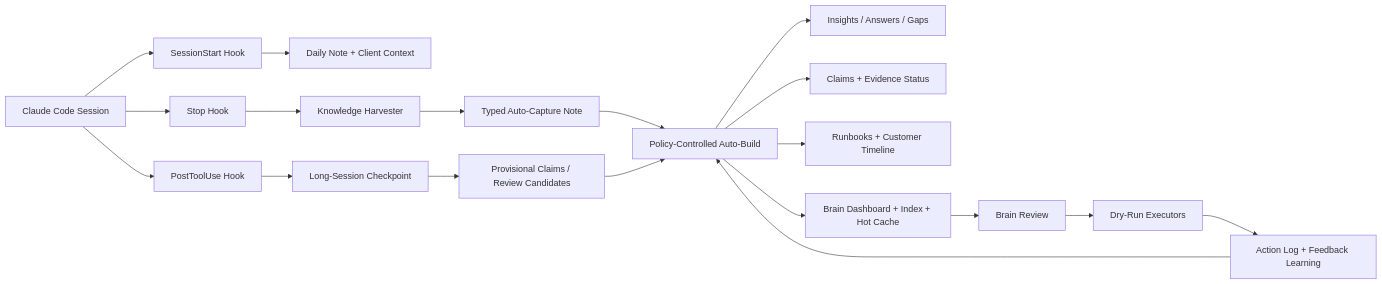
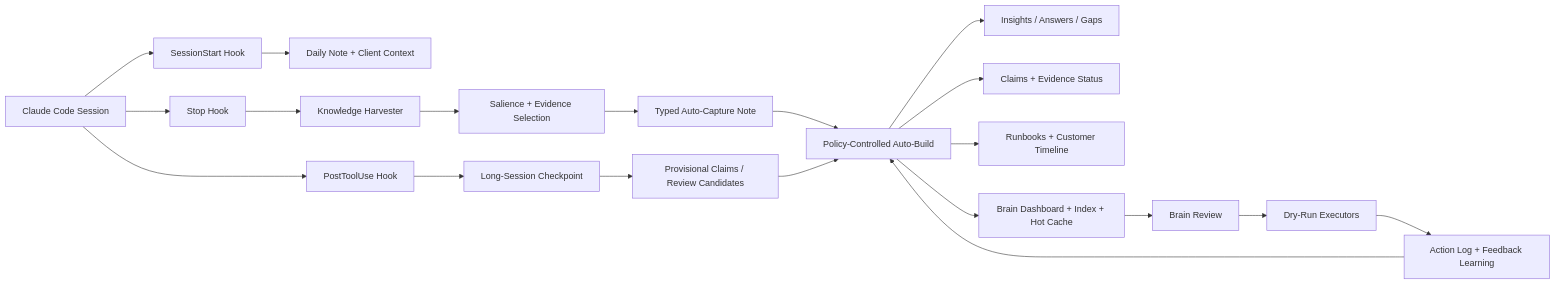
The diagram in README.md (amolani/obsidian-brain-mcp-server), drawn with Mermaid before and after one commit. The commit also changed other lines of this file and 143 other files, not shown here.

````diff
--- a/README.md
+++ b/README.md
@@ -185,21 +230,22 @@
 ```mermaid
 flowchart LR
   A[Claude Code Session] --> B[SessionStart Hook]
   B --> C[Daily Note + Client Context]
   A --> D[PostToolUse Hook]
   D --> E[Long-Session Checkpoint]
   A --> F[Stop Hook]
   F --> G[Knowledge Harvester]
-  G --> H[Typed Auto-Capture Note]
+  G --> S[Salience + Evidence Selection]
+  S --> H[Typed Auto-Capture Note]
   H --> I[Policy-Controlled Auto-Build]
   E --> Q[Provisional Claims / Review Candidates]
   Q --> I
   I --> J[Insights / Answers / Gaps]
   I --> K[Claims + Evidence Status]
   I --> L[Runbooks + Customer Timeline]
   I --> M[Brain Dashboard + Index + Hot Cache]
   M --> N[Brain Review]
   N --> O[Dry-Run Executors]
   O --> P[Action Log + Feedback Learning]
   P --> I
 ```
````
